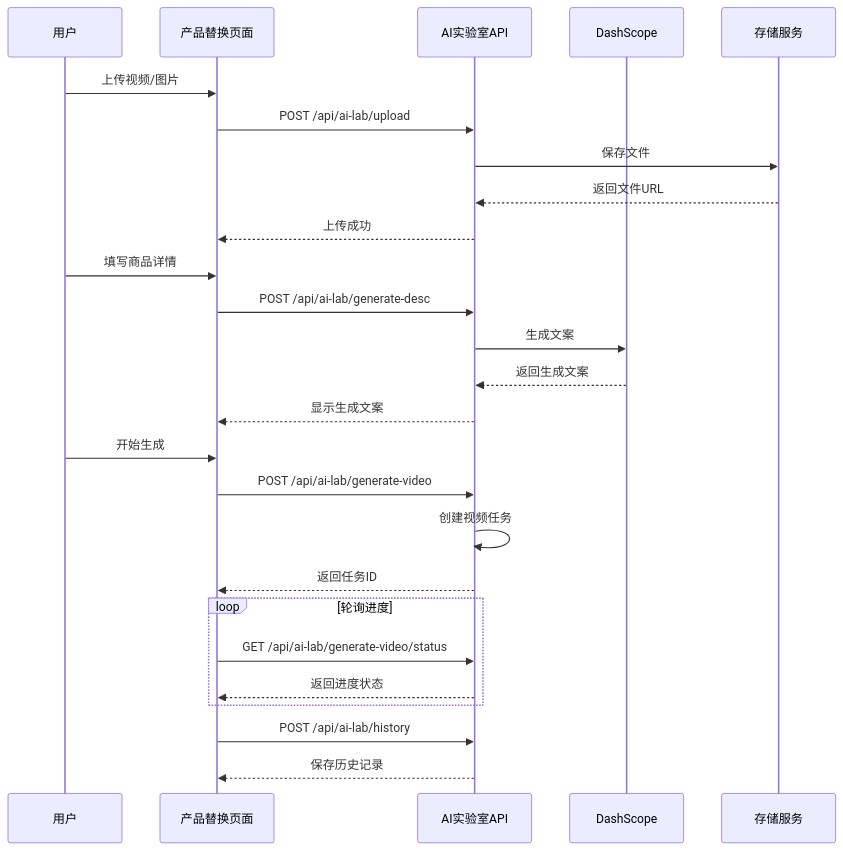
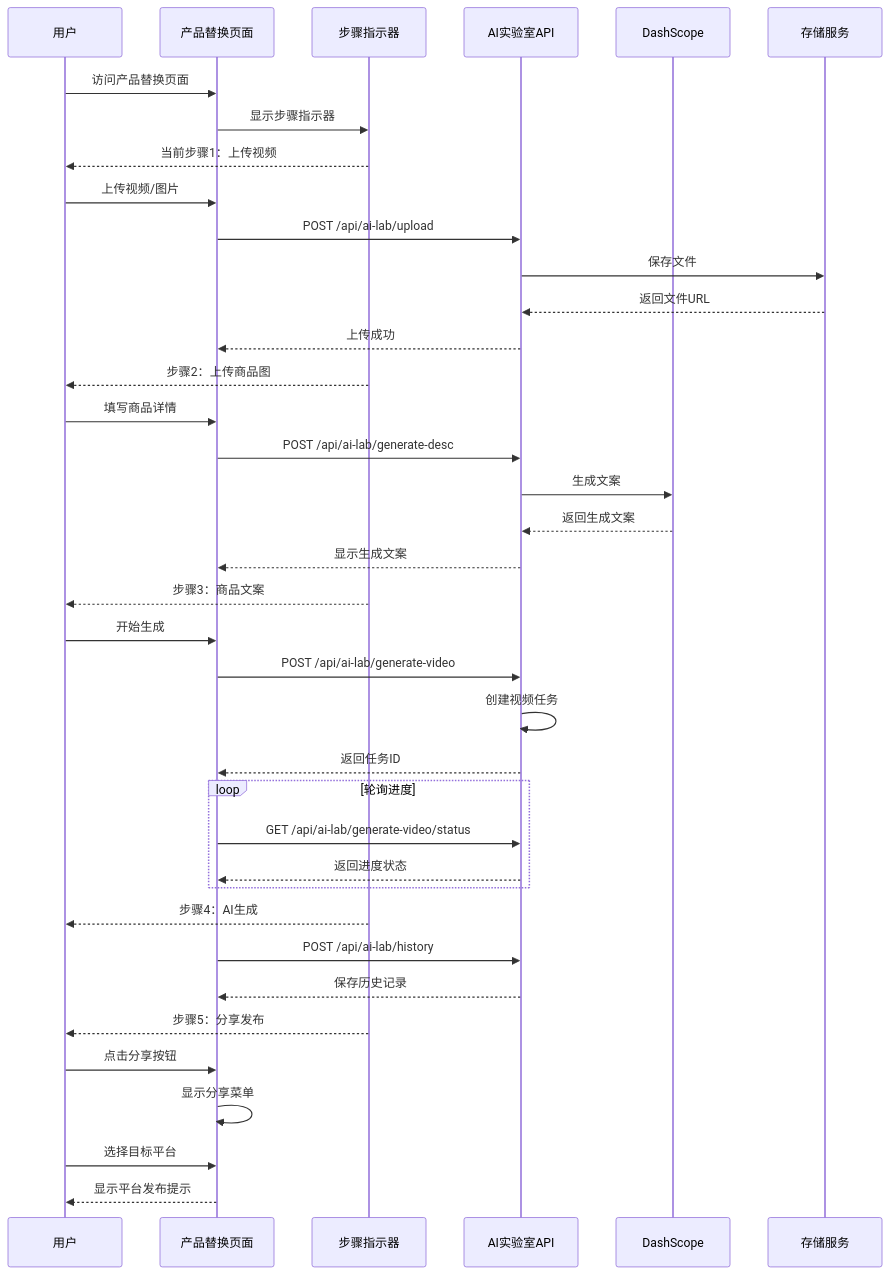
Before and after one commit to zuozuoliu740-cmd/xianxiong-news: the third of 16 diagrams in .qoder/repowiki/zh/content/核心功能模块/AI实验室模块.md, drawn with Mermaid. The commit also changed other lines of this file and 5 other files, not shown here.

Commit message:
P2: 接入通义万相图生视频API - 替换Mock为真实DashScope调用

````diff
--- a/.qoder/repowiki/zh/content/核心功能模块/AI实验室模块.md
+++ b/.qoder/repowiki/zh/content/核心功能模块/AI实验室模块.md
@@ -159,28 +164,40 @@
 ```mermaid
 sequenceDiagram
 participant U as 用户
 participant P as 产品替换页面
+participant SI as 步骤指示器
 participant API as AI实验室API
 participant DS as DashScope
 participant ST as 存储服务
+U->>P : 访问产品替换页面
+P->>SI : 显示步骤指示器
+SI-->>U : 当前步骤1：上传视频
 U->>P : 上传视频/图片
 P->>API : POST /api/ai-lab/upload
 API->>ST : 保存文件
 ST-->>API : 返回文件URL
 API-->>P : 上传成功
+SI-->>U : 步骤2：上传商品图
 U->>P : 填写商品详情
 P->>API : POST /api/ai-lab/generate-desc
 API->>DS : 生成文案
 DS-->>API : 返回生成文案
 API-->>P : 显示生成文案
+SI-->>U : 步骤3：商品文案
 U->>P : 开始生成
 P->>API : POST /api/ai-lab/generate-video
 API->>API : 创建视频任务
 API-->>P : 返回任务ID
 loop 轮询进度
 P->>API : GET /api/ai-lab/generate-video/status
 API-->>P : 返回进度状态
 end
+SI-->>U : 步骤4：AI生成
 P->>API : POST /api/ai-lab/history
 API-->>P : 保存历史记录
+SI-->>U : 步骤5：分享发布
+U->>P : 点击分享按钮
+P->>P : 显示分享菜单
+U->>P : 选择目标平台
+P-->>U : 显示平台发布提示
 ```
````
